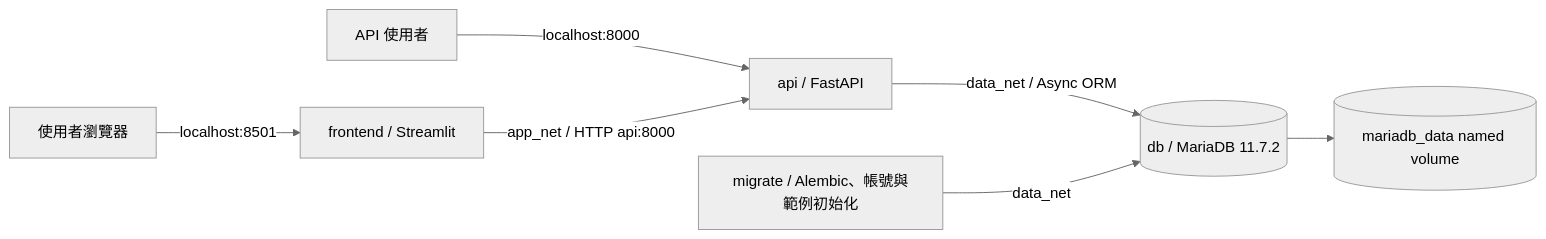
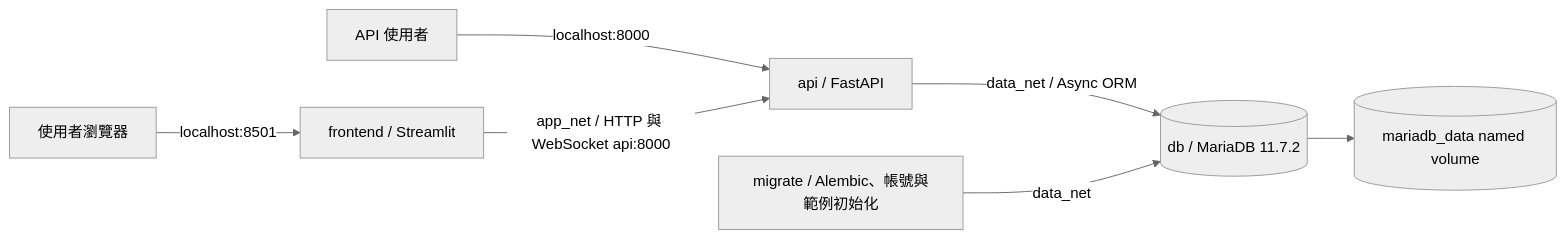
One commit to gaespa007648/data-monitor-platform changed the first of 2 diagrams in docs/architecture.md. Above: the diagram before and after it, drawn with Mermaid (neutral theme). The commit also changed other lines of this file and 16 other files, not shown here.

Commit message:
Add persistent dataset monitoring and WebSocket simulator

````diff
--- a/docs/architecture.md
+++ b/docs/architecture.md
@@ -7,9 +7,9 @@
 ```mermaid
 flowchart LR
     Browser[使用者瀏覽器] -->|localhost:8501| Frontend[frontend / Streamlit]
     Client[API 使用者] -->|localhost:8000| API[api / FastAPI]
-    Frontend -->|app_net / HTTP api:8000| API
+    Frontend -->|app_net / HTTP 與 WebSocket api:8000| API
     API -->|data_net / Async ORM| DB[(db / MariaDB 11.7.2)]
     Migrate[migrate / Alembic、帳號與範例初始化] -->|data_net| DB
     DB --> Volume[(mariadb_data named volume)]
 ```
````
